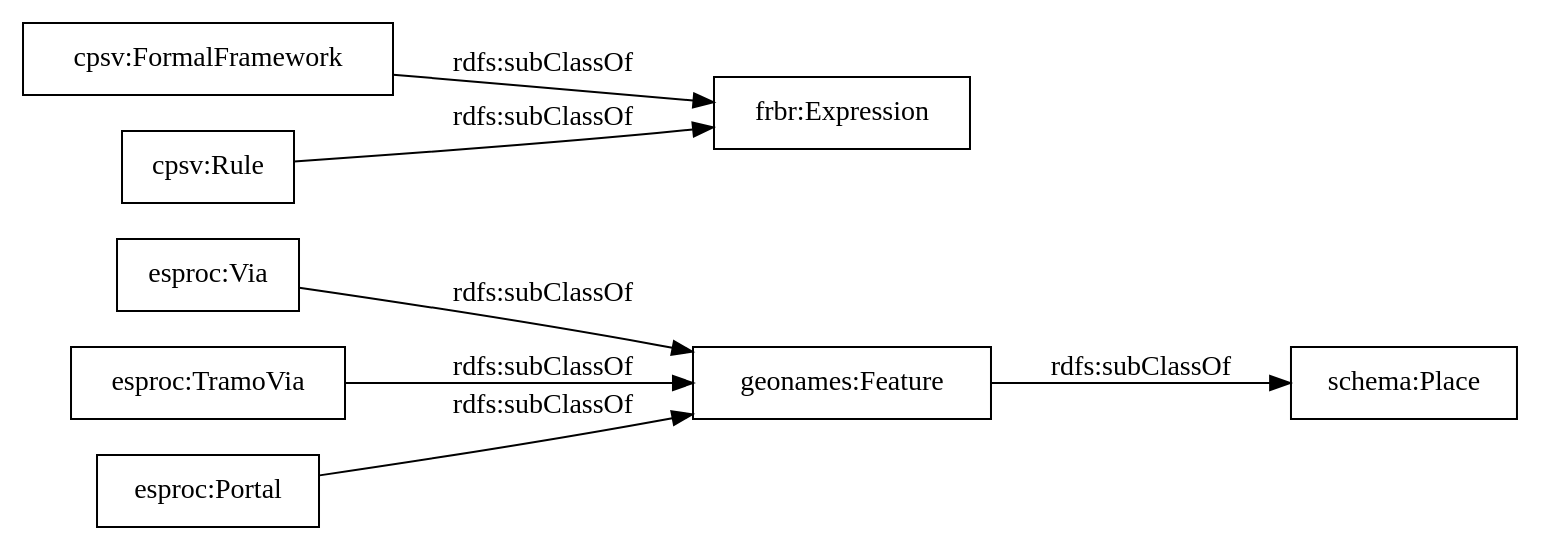
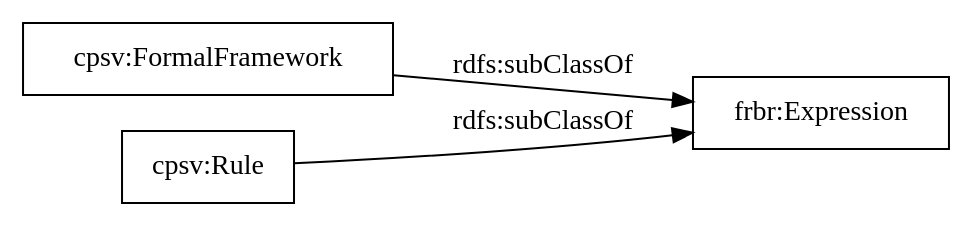
One commit to opencitydata/sector-publico-servicio changed the diagram in OnToology/procedimientos.owl/diagrams/ar2dtool-taxonomy/procedimientos.owl.png.dot. Above: the diagram before and after it, drawn with Graphviz. The commit also changed 33 other files, not shown here.

```diff
--- a/OnToology/procedimientos.owl/diagrams/ar2dtool-taxonomy/procedimientos.owl.png.dot
+++ b/OnToology/procedimientos.owl/diagrams/ar2dtool-taxonomy/procedimientos.owl.png.dot
@@ -1,12 +1,8 @@
 digraph ar2dtool_diagram { 
 rankdir=LR;
 size="1000"
-node [shape = rectangle, color="black"]; "geonames:Feature" "esproc:Via" "esproc:TramoVia" "esproc:Portal" "schema:Place" "cpsv:FormalFramework" "cpsv:Rule" ; /*classes style*/
-	"geonames:Feature" -> "schema:Place" [ label = "rdfs:subClassOf" ];
-	"esproc:Portal" -> "geonames:Feature" [ label = "rdfs:subClassOf" ];
-	"esproc:TramoVia" -> "geonames:Feature" [ label = "rdfs:subClassOf" ];
-	"esproc:Via" -> "geonames:Feature" [ label = "rdfs:subClassOf" ];
+node [shape = rectangle, color="black"]; "cpsv:FormalFramework" "cpsv:Rule" ; /*classes style*/
+	"cpsv:FormalFramework" -> "frbr:Expression" [ label = "rdfs:subClassOf" ];
 	"cpsv:Rule" -> "frbr:Expression" [ label = "rdfs:subClassOf" ];
-	"cpsv:FormalFramework" -> "frbr:Expression" [ label = "rdfs:subClassOf" ];
 
 }
```
